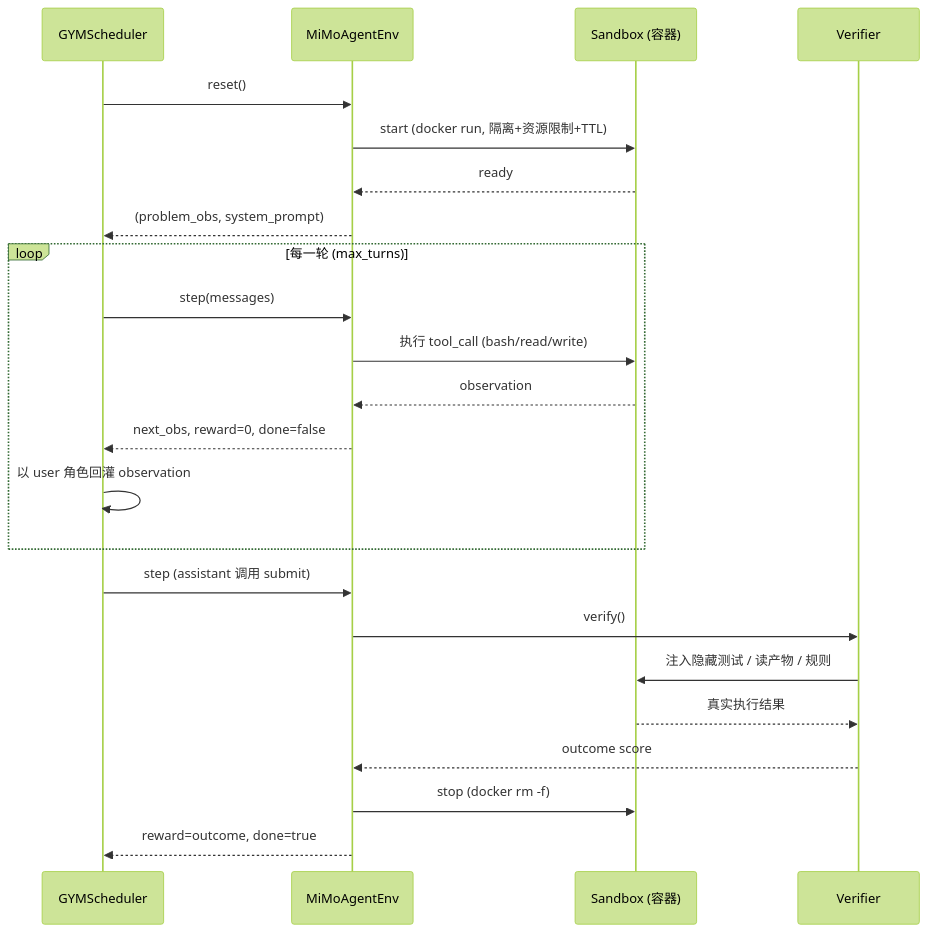
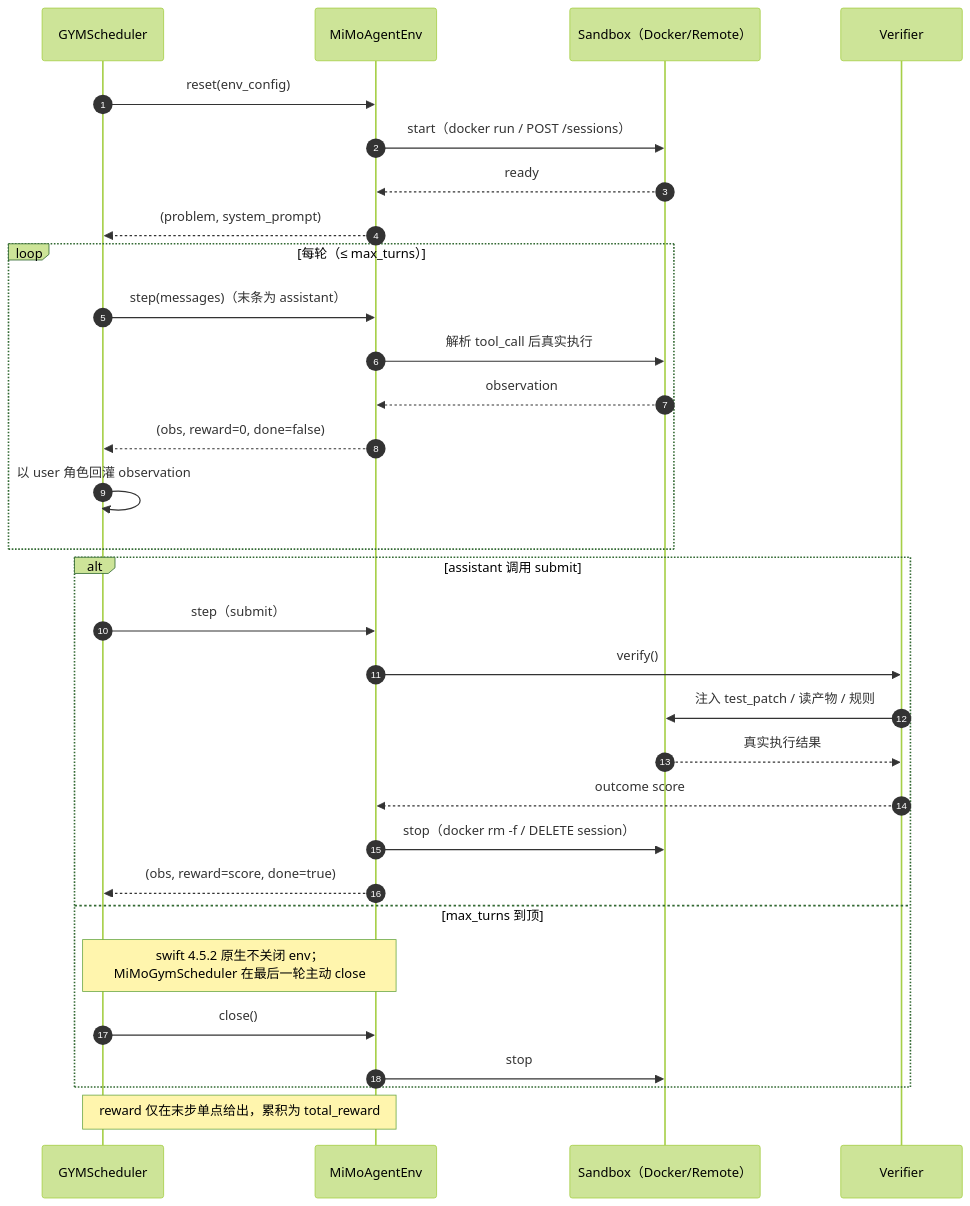
Before and after one commit to jerry1993-tech/mimo-agent-grpo-swift: the second of 3 diagrams in README.md, drawn with Mermaid (forest theme). The commit also changed other lines of this file and 20 other files, not shown here.

Commit message:
feat: complete remote sandbox training, LoRA, and docs

````diff
--- a/README.md
+++ b/README.md
@@ -70,26 +74,37 @@
 ```mermaid
 sequenceDiagram
+    autonumber
     participant T as GYMScheduler
     participant E as MiMoAgentEnv
-    participant B as Sandbox (容器)
+    participant B as Sandbox（Docker/Remote）
     participant V as Verifier
 
-    T->>E: reset()
-    E->>B: start (docker run, 隔离+资源限制+TTL)
+    T->>E: reset(env_config)
+    E->>B: start（docker run / POST /sessions）
     B-->>E: ready
-    E-->>T: (problem_obs, system_prompt)
-    loop 每一轮 (max_turns)
-        T->>E: step(messages)  # 末条为 assistant
-        E->>B: 执行 tool_call (bash/read/write)
+    E-->>T: (problem, system_prompt)
+
+    loop 每轮（≤ max_turns）
+        T->>E: step(messages)（末条为 assistant）
+        E->>B: 解析 tool_call 后真实执行
         B-->>E: observation
-        E-->>T: next_obs, reward=0, done=false
+        E-->>T: (obs, reward=0, done=false)
         T->>T: 以 user 角色回灌 observation
     end
-    T->>E: step (assistant 调用 submit)
-    E->>V: verify()
-    V->>B: 注入隐藏测试 / 读产物 / 规则
-    B-->>V: 真实执行结果
-    V-->>E: outcome score
-    E->>B: stop (docker rm -f)
-    E-->>T: reward=outcome, done=true   # 末位单点
+
+    alt assistant 调用 submit
+        T->>E: step（submit）
+        E->>V: verify()
+        V->>B: 注入 test_patch / 读产物 / 规则
+        B-->>V: 真实执行结果
+        V-->>E: outcome score
+        E->>B: stop（docker rm -f / DELETE session）
+        E-->>T: (obs, reward=score, done=true)
+    else max_turns 到顶
+        Note over T,E: swift 4.5.2 原生不关闭 env；<br/>MiMoGymScheduler 在最后一轮主动 close
+        T->>E: close()
+        E->>B: stop
+    end
+
+    Note over T,E: reward 仅在末步单点给出，累积为 total_reward
 ```
````
